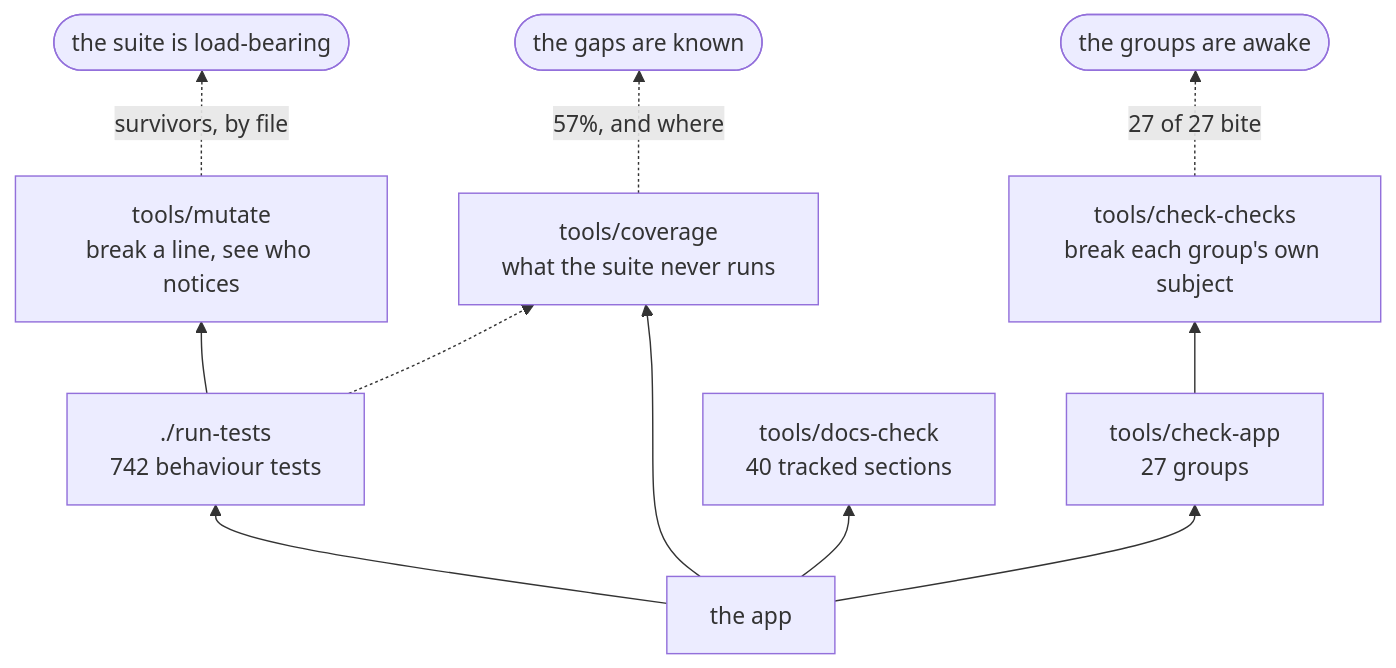
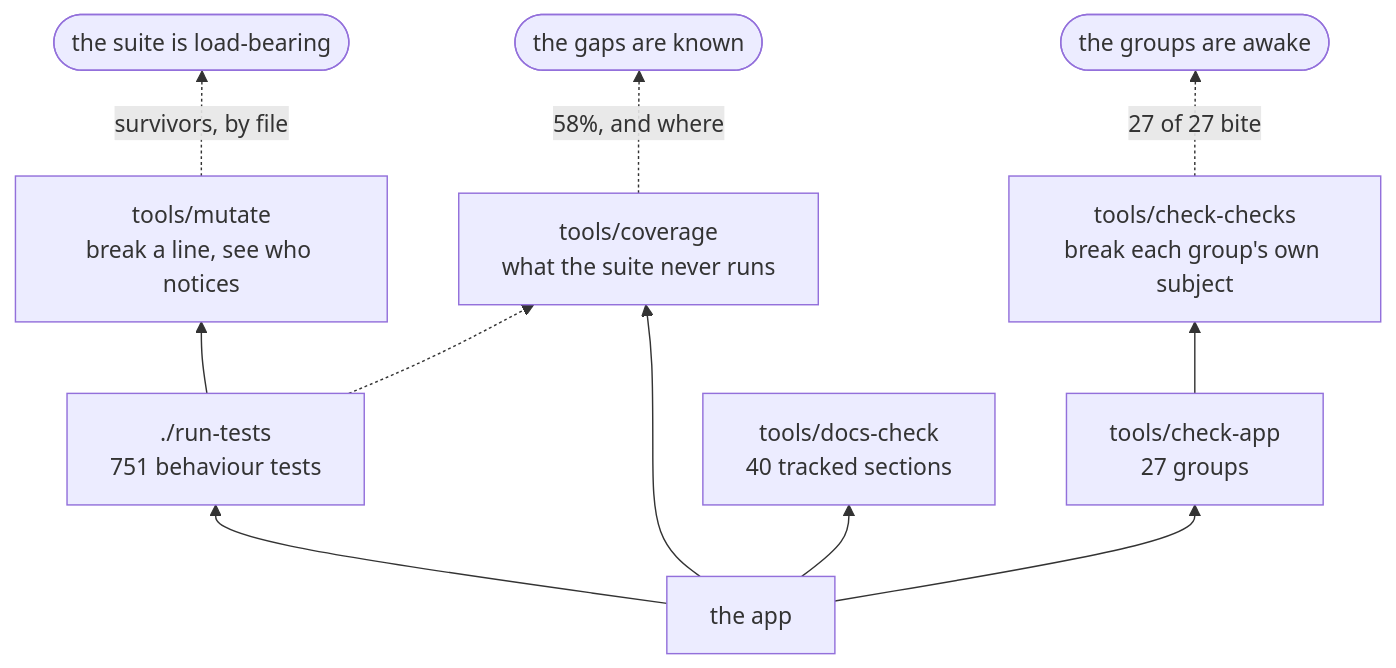
Before and after one commit to minormending/crystal-pilot-mobile: the second of 2 diagrams in docs/DEVELOPING.md, drawn with Mermaid. The commit also changed other lines of this file and 1 other file, not shown here.

````diff
--- a/docs/DEVELOPING.md
+++ b/docs/DEVELOPING.md
@@ -127,13 +127,13 @@
 ```mermaid
 flowchart BT
-    C["the app"] --> T["./run-tests<br/>742 behaviour tests"]
+    C["the app"] --> T["./run-tests<br/>751 behaviour tests"]
     C --> A["tools/check-app<br/>27 groups"]
     C --> D["tools/docs-check<br/>40 tracked sections"]
     C --> V["tools/coverage<br/>what the suite never runs"]
     T --> M["tools/mutate<br/>break a line, see who notices"]
     A --> K["tools/check-checks<br/>break each group's own subject"]
     T -.-> V
     M -.->|"survivors, by file"| R(["the suite is load-bearing"])
     K -.->|"27 of 27 bite"| R2(["the groups are awake"])
-    V -.->|"57%, and where"| R3(["the gaps are known"])
+    V -.->|"58%, and where"| R3(["the gaps are known"])
 ```
````
